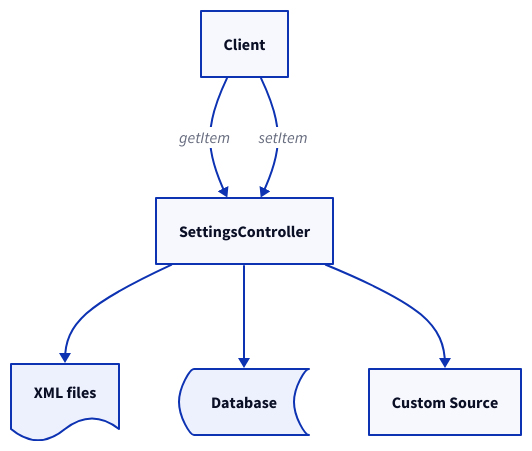
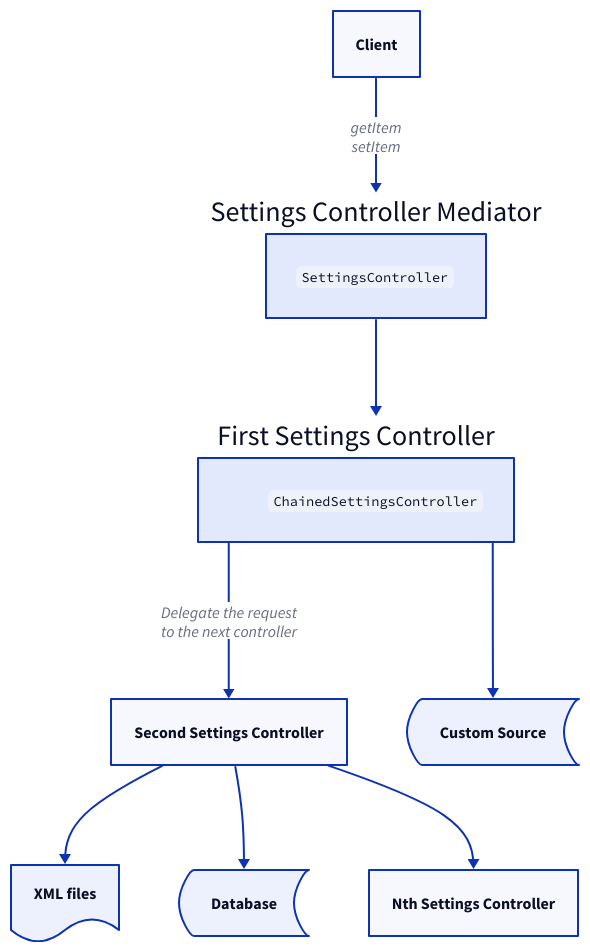
One commit to JetBrains/intellij-community changed the first of 2 diagrams in platform/settings/docs/src/index.md. Above: the diagram before and after it, drawn with D2. The commit also changed other lines of this file and 21 other files, not shown here.

Commit message:
IJPL-136 cache storage - switch to MvStore from PHM, fix group key prefix, use CBOR (no schema needed) instead of protobuf (it allows us to dump db file in human-readable YAML format)

````diff
--- a/platform/settings/docs/src/index.md
+++ b/platform/settings/docs/src/index.md
@@ -5,18 +5,33 @@
-```d2
-settingsController: SettingsController 
-
+```d2 scale="0.8"
 client: Client
 
-client -> settingsController: getItem
-client -> settingsController: setItem
-
-custom: Custom Source
+scm: Settings Controller Mediator {
+  explanation: |md
+  `SettingsController`
+  |
+}
+firstSC: First Settings Controller {
+  explanation: |md
+  `ChainedSettingsController`
+  |
+}
+secondSC: Second Settings Controller
+nSC: Nth Settings Controller
 
 xml: XML files {shape: document}
-
 Database: {shape: stored_data}
 
-settingsController -> xml
-settingsController -> Database
-settingsController -> custom
+custom: Custom Source {shape: stored_data}
+
+client -> scm: getItem\nsetItem
+
+scm -> firstSC
+
+firstSC -> custom
+firstSC -> secondSC: Delegate the request\nto the next controller
+
+secondSC -> xml
+secondSC -> Database
+
+secondSC -> nSC
 ```
````
